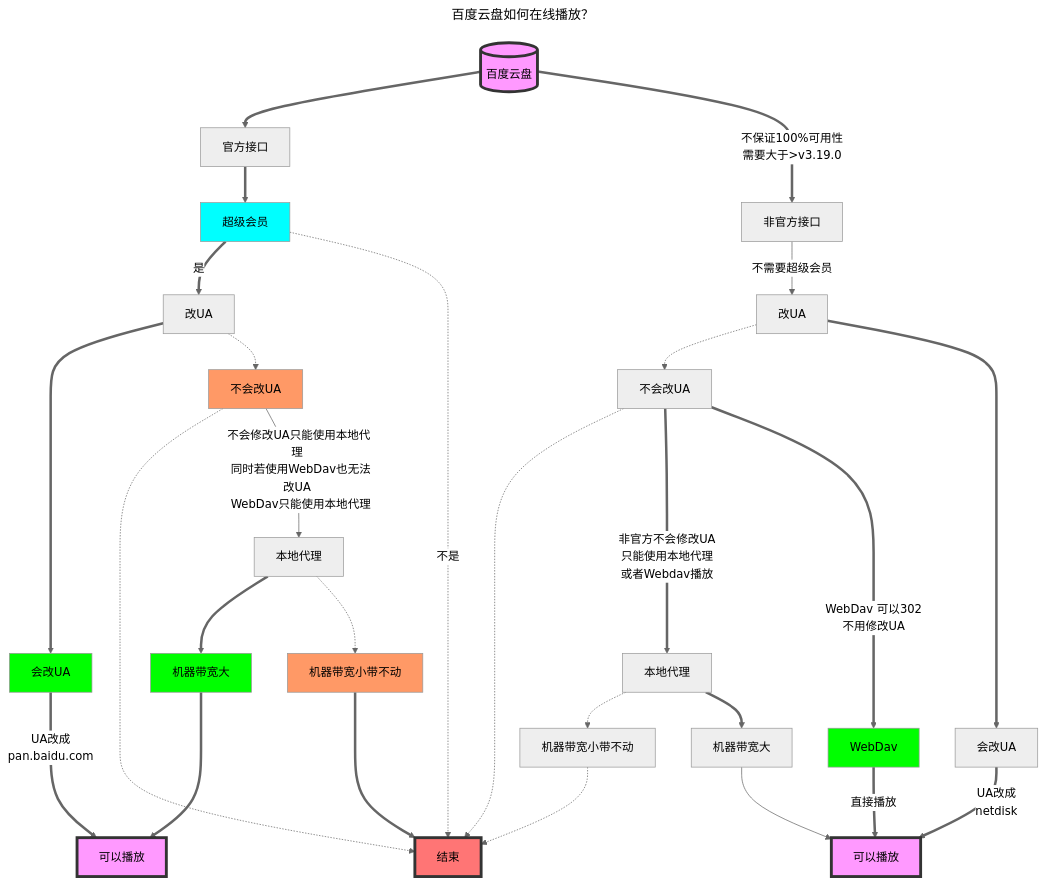
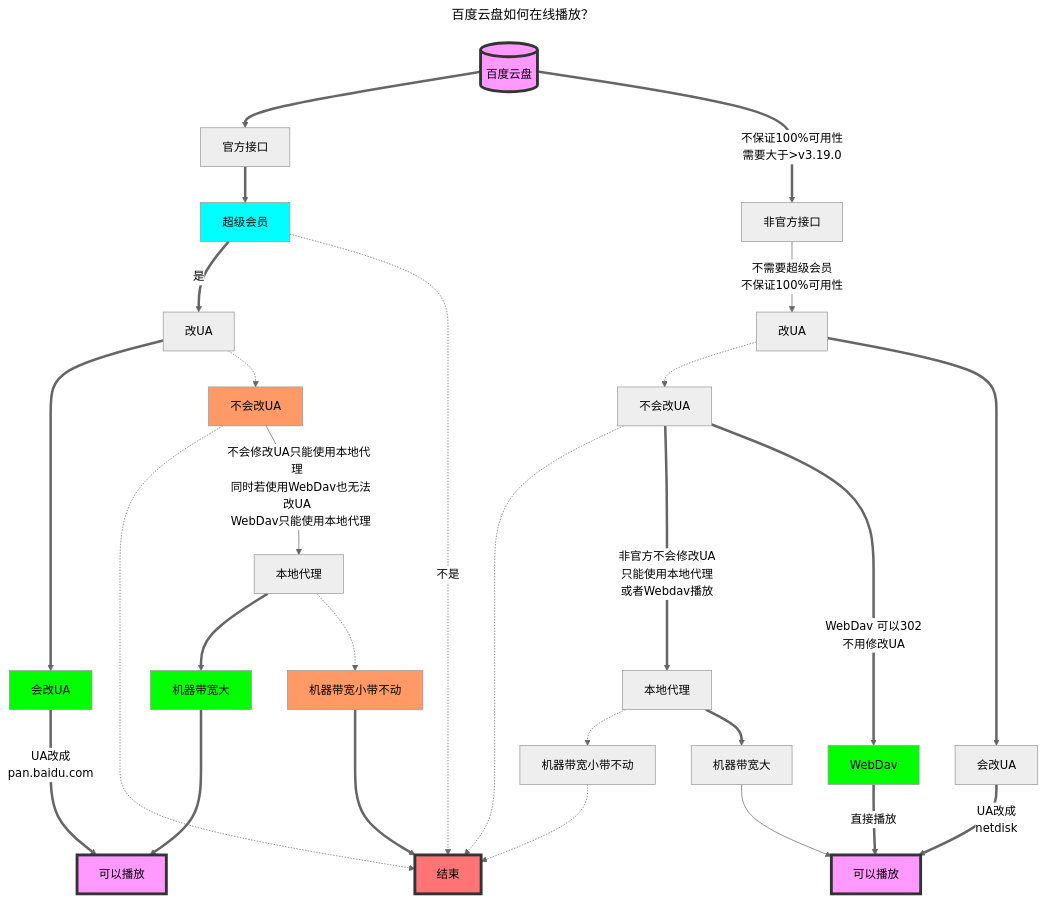
The first of 2 diagrams in docs/zh/guide/drivers/baidu.md (alist-org/docs), drawn with Mermaid (neutral theme) before and after one commit. The commit also changed 21 other files, not shown here.

````diff
--- a/docs/zh/guide/drivers/baidu.md
+++ b/docs/zh/guide/drivers/baidu.md
@@ -31,60 +31,60 @@
 ```mermaid
 ---
 title: 百度云盘如何在线播放？
 ---
 flowchart TB
   style l fill:#f9f,stroke:#333,stroke-width:4px
   style ll fill:#f9f,stroke:#333,stroke-width:4px
   style m fill:#ff7575,stroke:#333,stroke-width:4px
   style a fill:#f9f,stroke:#333,stroke-width:4px
   classDef class1 fill:#0f0
   classDef class2 fill:#0ff
   classDef class3 fill:#f96
   a[(百度云盘)]
   1[官方接口]
   2[非官方接口]
   b[超级会员]
   c[改UA]
   d[会改UA]
   e[不会改UA]
   f[本地代理]
   g[机器带宽大]
   k[机器带宽小带不动]
   l[可以播放]
   m[结束]
   a ==> 1
   1 ==> b
   b:::class2 ==>|是| c
   b -.->|不是| m
   c ==> d
   c -.-> e
   d:::class1 ===>|UA改成 \n pan.baidu.com| l
   e:::class3 -.-> m
   e:::class3 -->|不会修改UA只能使用本地代理 \n 同时若使用WebDav也无法改UA \n WebDav只能使用本地代理| f
   f ==> g
   f -.-> k
   g:::class1 ===> l
   k:::class3 ===> m
   a ==>|不保证100%可用性 \n 需要大于>v3.19.0| 2
   cc[改UA]
   dd[会改UA]
   ee[不会改UA]
   mm[WebDav]
   ff[本地代理]
   ll[可以播放]
   gg[机器带宽大]
   kk[机器带宽小带不动]
-  2 --> |不需要超级会员| cc
+  2 --> |不需要超级会员 \n 不保证100%可用性| cc
   cc -.-> ee
   cc ==> dd
   dd ==>|UA改成 \n netdisk| ll
   mm:::class1 ==> |直接播放| ll
   ee -.-> m
   ee ===> |非官方不会修改UA \n 只能使用本地代理\n 或者Webdav播放| ff
   ee ===> |WebDav 可以302 \n 不用修改UA| mm
   ff -.-> kk
   ff ==> gg
   kk -.-> m
   gg --> ll
   click c,e,d,m,cc,dd,ee "#添加-user-agent-使用示例"
 ```
````
